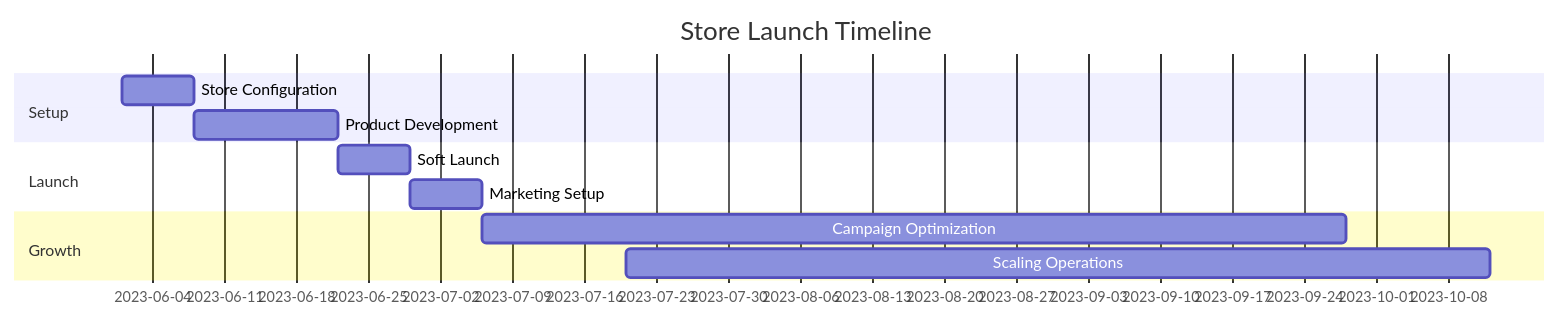
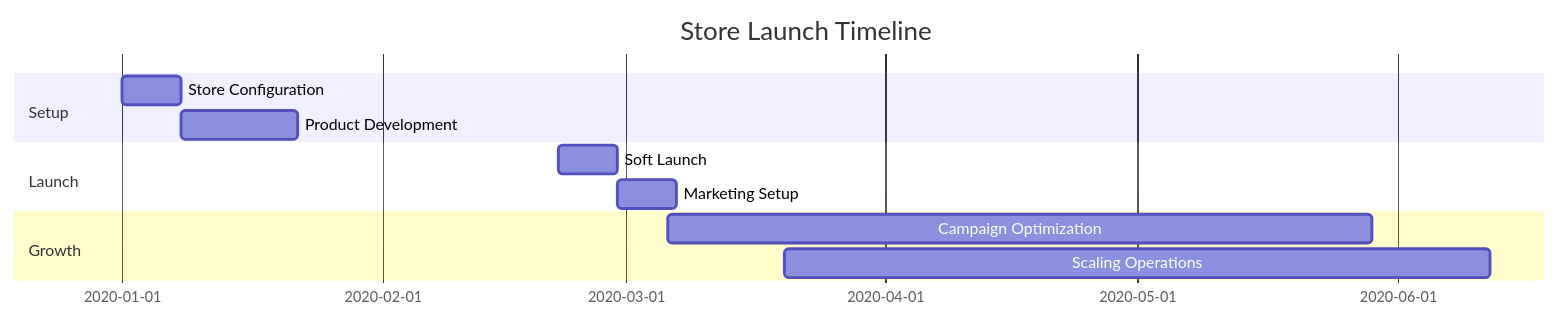
One commit to pavankakarrot/my-portfolio-website changed the second of 14 diagrams in content/projects/shopify/Index.md. Above: the diagram before and after it, drawn with Mermaid. The commit also changed other lines of this file, not shown here.

````diff
--- a/content/projects/shopify/Index.md
+++ b/content/projects/shopify/Index.md
@@ -103,14 +112,14 @@
 ```mermaid
 gantt
     title Store Launch Timeline
     dateFormat  YYYY-MM-DD
     section Setup
-    Store Configuration    :2023-06-01, 1w
-    Product Development   :2023-06-08, 2w
+    Store Configuration    :2020-01-01, 1w
+    Product Development   :2020-01-08, 2w
     section Launch
-    Soft Launch          :2023-06-22, 1w
-    Marketing Setup      :2023-06-29, 1w
+    Soft Launch          :2020-02-22, 1w
+    Marketing Setup      :2020-02-29, 1w
     section Growth
-    Campaign Optimization :2023-07-06, 12w
-    Scaling Operations   :2023-07-20, 12w
+    Campaign Optimization :2020-03-06, 12w
+    Scaling Operations   :2020-03-20, 12w
 ```
````
